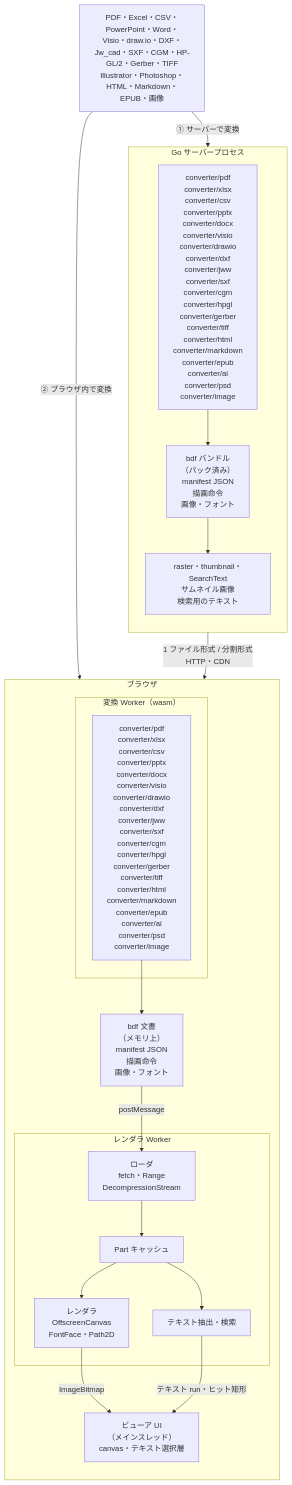
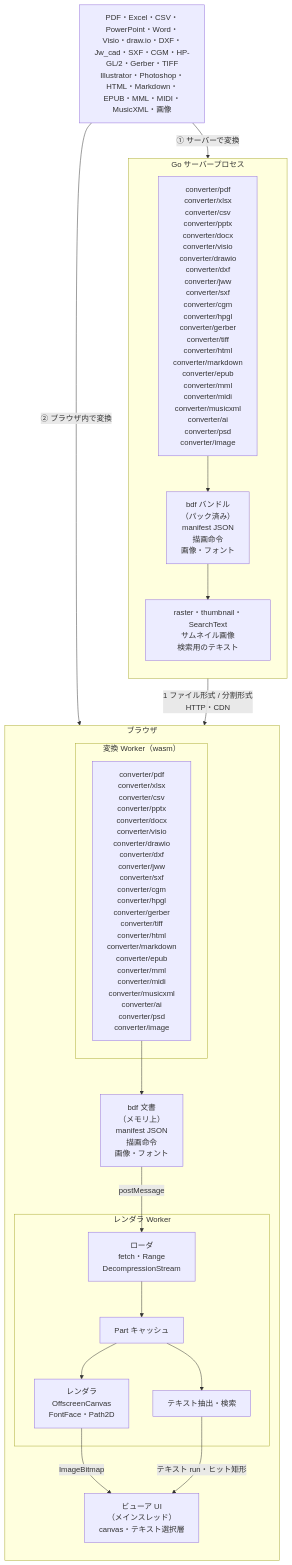
Before and after one commit to shibukawa/bdf: the diagram in README.ja.md, drawn with Mermaid. The commit also changed other lines of this file and 97 other files, not shown here.

First line of the commit message:
Scores from MML, MIDI and MusicXML, engraved in staff notation and played in the viewer

````diff
--- a/README.ja.md
+++ b/README.ja.md
@@ -20,39 +20,39 @@
 ```mermaid
 flowchart TB
-    SRC["PDF・Excel・CSV・PowerPoint・Word・Visio・draw.io・DXF・Jw_cad・SXF・CGM・HP-GL/2・Gerber・TIFF<br/>Illustrator・Photoshop・HTML・Markdown・EPUB・画像"]
+    SRC["PDF・Excel・CSV・PowerPoint・Word・Visio・draw.io・DXF・Jw_cad・SXF・CGM・HP-GL/2・Gerber・TIFF<br/>Illustrator・Photoshop・HTML・Markdown・EPUB・MML・MIDI・MusicXML・画像"]
 
     subgraph SERVER["Go サーバープロセス"]
         direction TB
-        SCONV["converter/pdf<br/>converter/xlsx<br/>converter/csv<br/>converter/pptx<br/>converter/docx<br/>converter/visio<br/>converter/drawio<br/>converter/dxf<br/>converter/jww<br/>converter/sxf<br/>converter/cgm<br/>converter/hpgl<br/>converter/gerber<br/>converter/tiff<br/>converter/html<br/>converter/markdown<br/>converter/epub<br/>converter/ai<br/>converter/psd<br/>converter/image"]
+        SCONV["converter/pdf<br/>converter/xlsx<br/>converter/csv<br/>converter/pptx<br/>converter/docx<br/>converter/visio<br/>converter/drawio<br/>converter/dxf<br/>converter/jww<br/>converter/sxf<br/>converter/cgm<br/>converter/hpgl<br/>converter/gerber<br/>converter/tiff<br/>converter/html<br/>converter/markdown<br/>converter/epub<br/>converter/mml<br/>converter/midi<br/>converter/musicxml<br/>converter/ai<br/>converter/psd<br/>converter/image"]
         BUNDLE["bdf バンドル<br/>（パック済み）<br/>manifest JSON<br/>描画命令<br/>画像・フォント"]
         PREVIEW["raster・thumbnail・SearchText<br/>サムネイル画像<br/>検索用のテキスト"]
         SCONV --> BUNDLE
         BUNDLE --> PREVIEW
     end
 
     subgraph BROWSER["ブラウザ"]
         direction TB
         subgraph CWORKER["変換 Worker（wasm）"]
-            WCONV["converter/pdf<br/>converter/xlsx<br/>converter/csv<br/>converter/pptx<br/>converter/docx<br/>converter/visio<br/>converter/drawio<br/>converter/dxf<br/>converter/jww<br/>converter/sxf<br/>converter/cgm<br/>converter/hpgl<br/>converter/gerber<br/>converter/tiff<br/>converter/html<br/>converter/markdown<br/>converter/epub<br/>converter/ai<br/>converter/psd<br/>converter/image"]
+            WCONV["converter/pdf<br/>converter/xlsx<br/>converter/csv<br/>converter/pptx<br/>converter/docx<br/>converter/visio<br/>converter/drawio<br/>converter/dxf<br/>converter/jww<br/>converter/sxf<br/>converter/cgm<br/>converter/hpgl<br/>converter/gerber<br/>converter/tiff<br/>converter/html<br/>converter/markdown<br/>converter/epub<br/>converter/mml<br/>converter/midi<br/>converter/musicxml<br/>converter/ai<br/>converter/psd<br/>converter/image"]
         end
         PARTS["bdf 文書<br/>（メモリ上）<br/>manifest JSON<br/>描画命令<br/>画像・フォント"]
         subgraph RWORKER["レンダラ Worker"]
             LOADER["ローダ<br/>fetch・Range<br/>DecompressionStream"]
             STORE["Part キャッシュ"]
             RENDER["レンダラ<br/>OffscreenCanvas<br/>FontFace・Path2D"]
             TEXT["テキスト抽出・検索"]
             LOADER --> STORE
             STORE --> RENDER
             STORE --> TEXT
         end
         UI["ビューア UI<br/>（メインスレッド）<br/>canvas・テキスト選択層"]
         WCONV --> PARTS
     end
 
     SRC -- "① サーバーで変換" --> SCONV
     SRC -- "② ブラウザ内で変換" --> WCONV
     BUNDLE -- "1 ファイル形式 / 分割形式<br/>HTTP・CDN" --> LOADER
     PARTS -- "postMessage" --> LOADER
     RENDER -- "ImageBitmap" --> UI
     TEXT -- "テキスト run・ヒット矩形" --> UI
 ```
````
